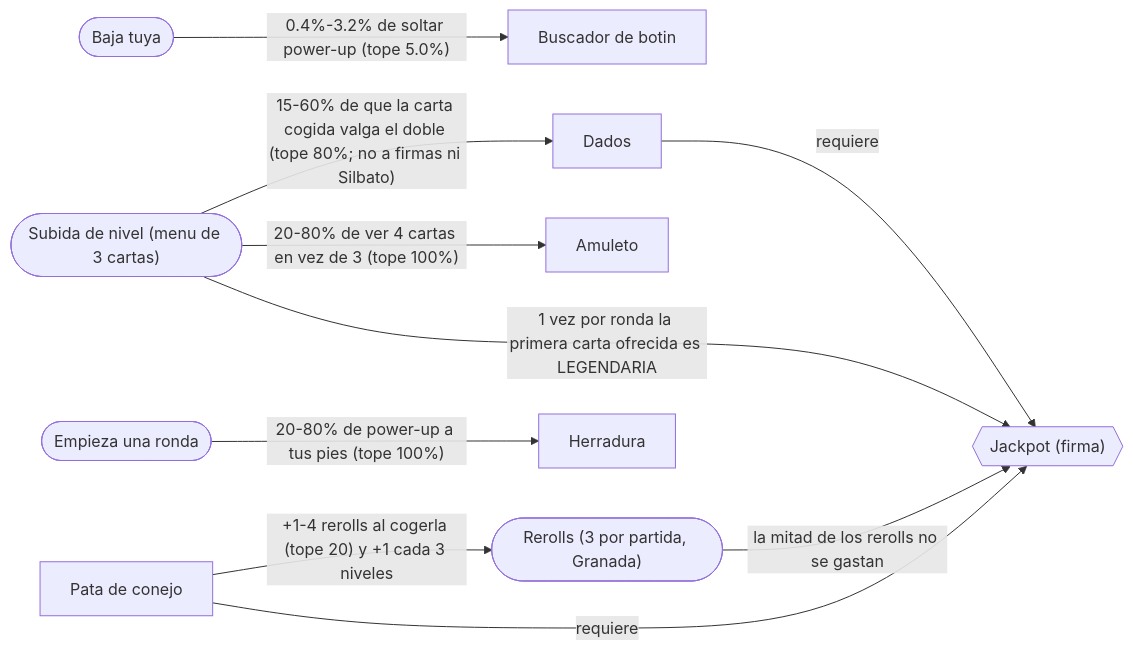
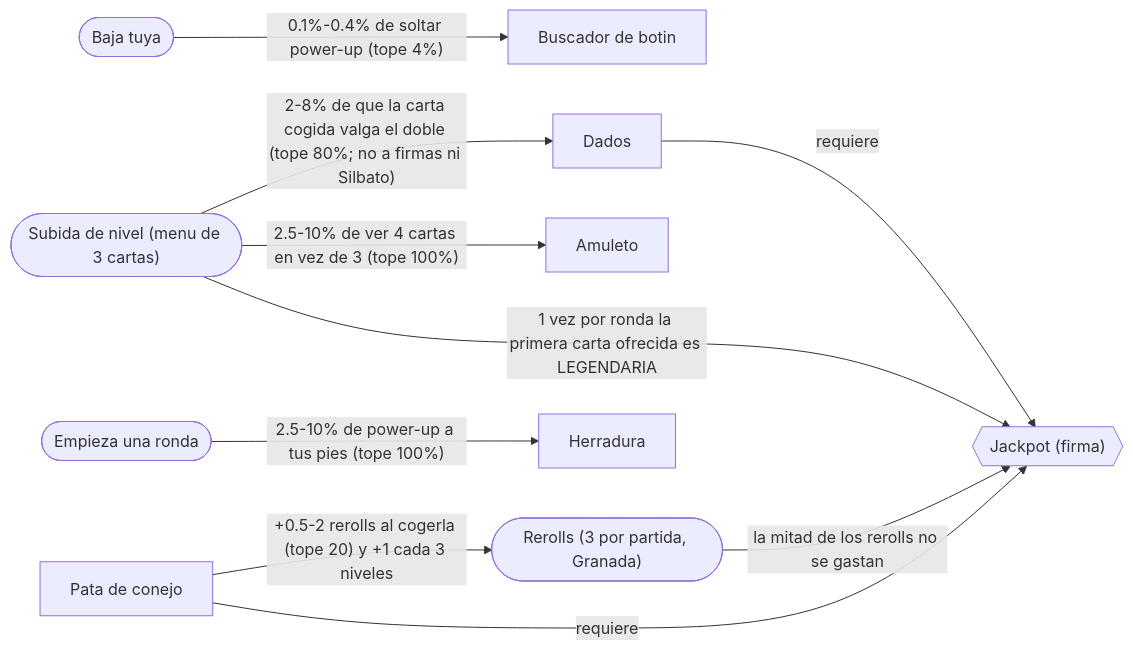
Before and after one commit to emailyasi1/bo2jodas: diagram 15 of 15 in ARQUETIPOS.md, drawn with Mermaid. The commit also changed other lines of this file and 12 other files, not shown here.

First line of the commit message:
1.10.10: 10 copias por carta, aguante de los zombies, dificultad (Maldicion), barra de vida

````diff
--- a/ARQUETIPOS.md
+++ b/ARQUETIPOS.md
@@ -549,22 +549,22 @@
 ```mermaid
 flowchart LR
     botin["Buscador de botin"]
     conejo["Pata de conejo"]
     dados["Dados"]
     amuleto["Amuleto"]
     herradura["Herradura"]
     jackpot{{"Jackpot (firma)"}}
     RONDA(["Empieza una ronda"])
+    REROLL(["Rerolls (3 por partida, Granada)"])
     BAJA(["Baja tuya"])
-    REROLL(["Rerolls (3 por partida, Granada)"])
     NIVEL(["Subida de nivel (menu de 3 cartas)"])
-    BAJA -->|"0.4%-3.2% de soltar power-up (tope 5.0%)"| botin
-    conejo -->|"+1-4 rerolls al cogerla (tope 20) y +1 cada 3 niveles"| REROLL
-    NIVEL -->|"15-60% de que la carta cogida valga el doble (tope 80%; no a firmas ni Silbato)"| dados
-    NIVEL -->|"20-80% de ver 4 cartas en vez de 3 (tope 100%)"| amuleto
-    RONDA -->|"20-80% de power-up a tus pies (tope 100%)"| herradura
+    BAJA -->|"0.1%-0.4% de soltar power-up (tope 4%)"| botin
+    conejo -->|"+0.5-2 rerolls al cogerla (tope 20) y +1 cada 3 niveles"| REROLL
+    NIVEL -->|"2-8% de que la carta cogida valga el doble (tope 80%; no a firmas ni Silbato)"| dados
+    NIVEL -->|"2.5-10% de ver 4 cartas en vez de 3 (tope 100%)"| amuleto
+    RONDA -->|"2.5-10% de power-up a tus pies (tope 100%)"| herradura
     dados -->|"requiere"| jackpot
     conejo -->|"requiere"| jackpot
     NIVEL -->|"1 vez por ronda la primera carta ofrecida es LEGENDARIA"| jackpot
     REROLL -->|"la mitad de los rerolls no se gastan"| jackpot
 ```
````
